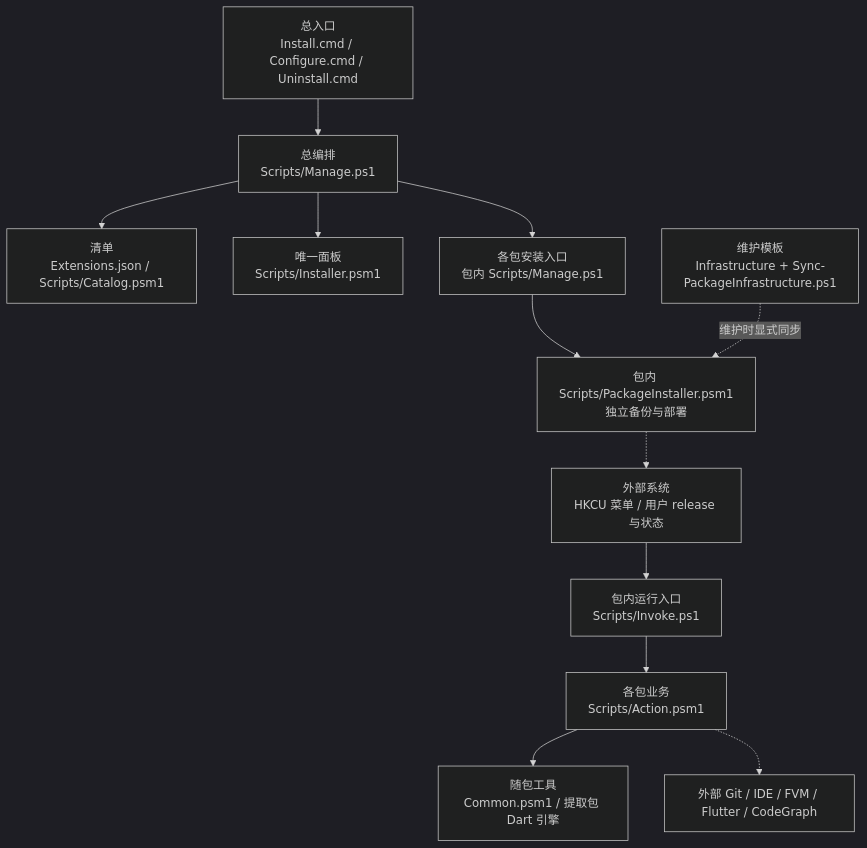
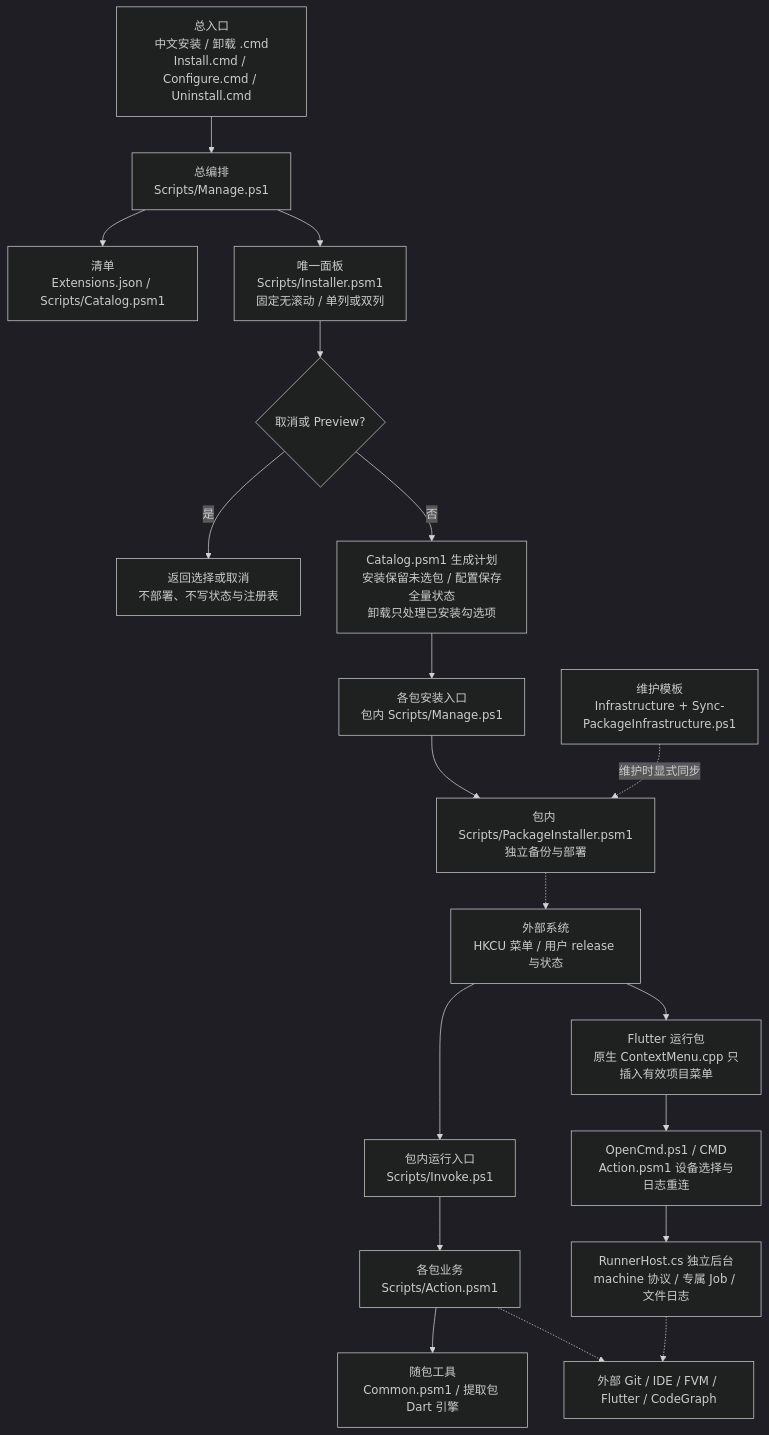
The first of 3 diagrams in README.md (JobsKits/WindowsOS_Extension), drawn with Mermaid (dark theme) before and after one commit. The commit also changed other lines of this file and 103 other files, not shown here.

````diff
--- a/README.md
+++ b/README.md
@@ -430,14 +484,21 @@
 ```mermaid
 flowchart TD
-    A["总入口<br/>Install.cmd / Configure.cmd / Uninstall.cmd"] --> B["总编排<br/>Scripts/Manage.ps1"]
+    A["总入口<br/>中文安装 / 卸载 .cmd<br/>Install.cmd / Configure.cmd / Uninstall.cmd"] --> B["总编排<br/>Scripts/Manage.ps1"]
     B --> C["清单<br/>Extensions.json / Scripts/Catalog.psm1"]
-    B --> D["唯一面板<br/>Scripts/Installer.psm1"]
-    B --> E["各包安装入口<br/>包内 Scripts/Manage.ps1"]
+    B --> D["唯一面板<br/>Scripts/Installer.psm1<br/>固定无滚动 / 单列或双列"]
+    D --> P{"取消或 Preview?"}
+    P -->|是| Q["返回选择或取消<br/>不部署、不写状态与注册表"]
+    P -->|否| R["Catalog.psm1 生成计划<br/>安装保留未选包 / 配置保存全量状态<br/>卸载只处理已安装勾选项"]
+    R --> E["各包安装入口<br/>包内 Scripts/Manage.ps1"]
     E --> F["包内 Scripts/PackageInstaller.psm1<br/>独立备份与部署"]
     F -.-> G["外部系统<br/>HKCU 菜单 / 用户 release 与状态"]
     G --> H["包内运行入口<br/>Scripts/Invoke.ps1"]
     H --> I["各包业务<br/>Scripts/Action.psm1"]
     I --> J["随包工具<br/>Common.psm1 / 提取包 Dart 引擎"]
     I -.-> K["外部 Git / IDE / FVM / Flutter / CodeGraph"]
+    G --> N["Flutter 运行包<br/>原生 ContextMenu.cpp 只插入有效项目菜单"]
+    N --> O["OpenCmd.ps1 / CMD<br/>Action.psm1 设备选择与日志重连"]
+    O --> T["RunnerHost.cs 独立后台<br/>machine 协议 / 专属 Job / 文件日志"]
+    T -.-> K
     L["维护模板<br/>Infrastructure + Sync-PackageInfrastructure.ps1"] -.->|维护时显式同步| F
 ```
````
